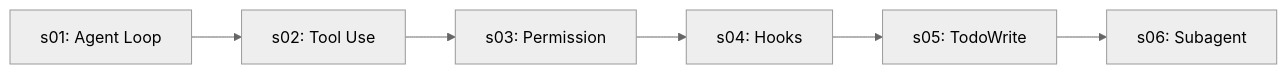
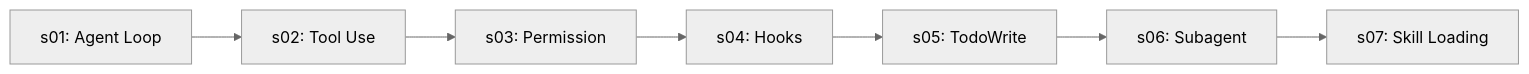
Before and after one commit to lyq1119/deepseek-agent-tutorial: the diagram in README.md, drawn with Mermaid (neutral theme). The commit also changed other lines of this file and 7 other files, not shown here.

Commit message:
Add DeepSeek s07 skill loading tutorial and practice output

````diff
--- a/README.md
+++ b/README.md
@@ -85,8 +86,9 @@
 ```mermaid
 flowchart LR
     S01["s01: Agent Loop"] --> S02["s02: Tool Use"]
     S02 --> S03["s03: Permission"]
     S03 --> S04["s04: Hooks"]
     S04 --> S05["s05: TodoWrite"]
     S05 --> S06["s06: Subagent"]
+    S06 --> S07["s07: Skill Loading"]
 ```
````
